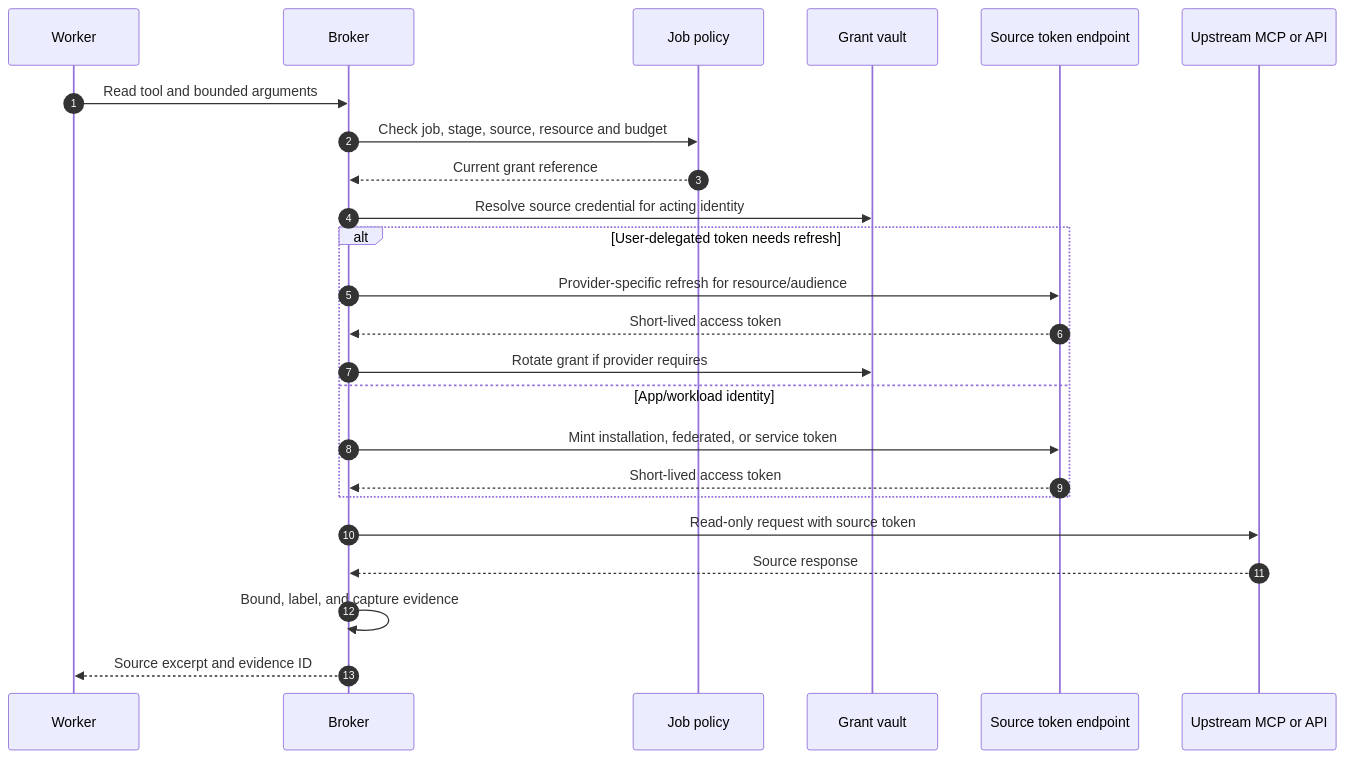
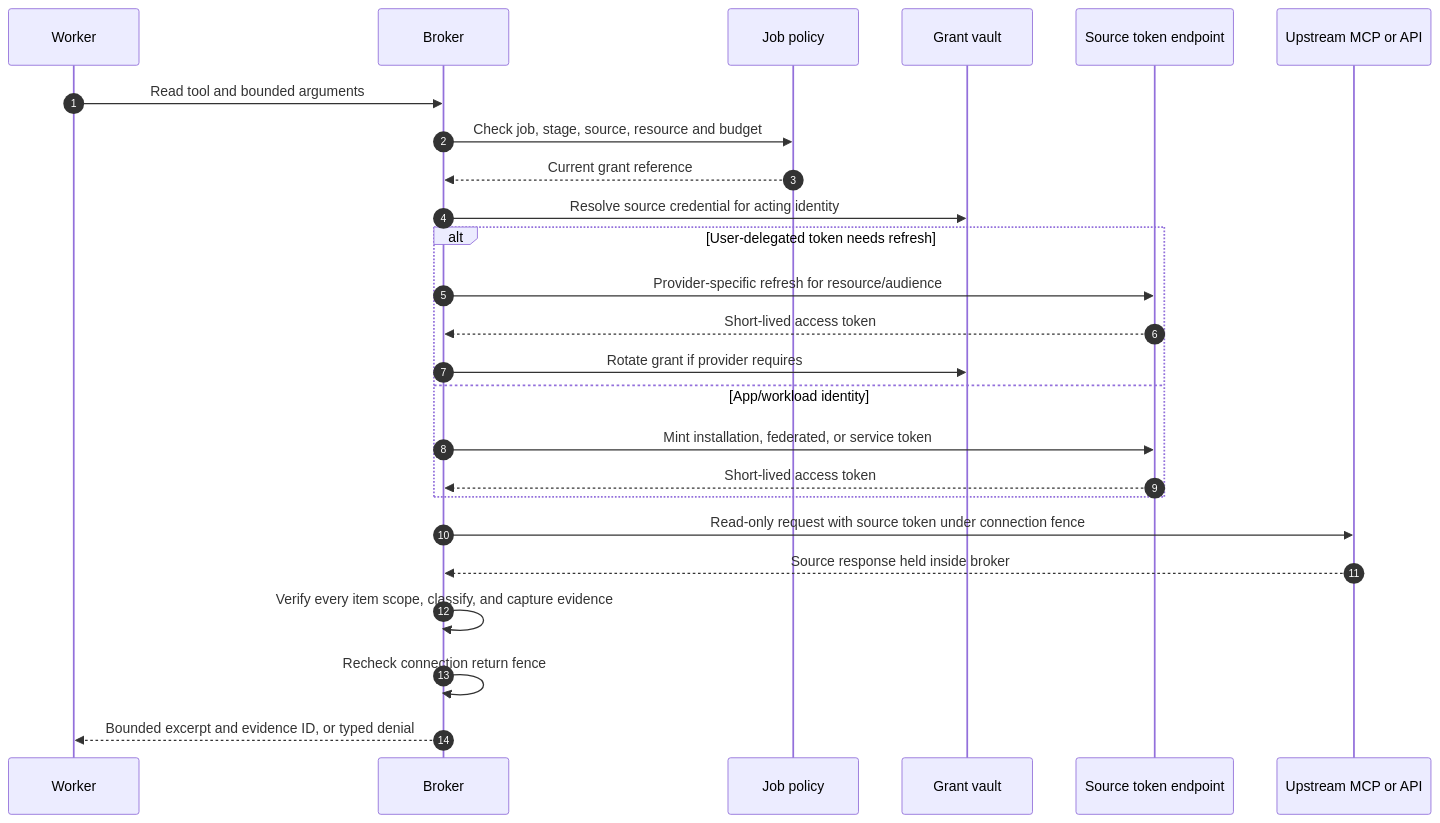
One commit to gvaibhav/openshell-deep-research-platform changed the eighth of 12 diagrams in docs/design/mcp-connector-broker.md. Above: the diagram before and after it, drawn with Mermaid. The commit also changed other lines of this file and 48 other files, not shown here.

````diff
--- a/docs/design/mcp-connector-broker.md
+++ b/docs/design/mcp-connector-broker.md
@@ -171,26 +272,27 @@
 ```mermaid
 sequenceDiagram
     autonumber
     participant W as Worker
     participant B as Broker
     participant P as Job policy
     participant V as Grant vault
     participant AS as Source token endpoint
     participant S as Upstream MCP or API
     W->>B: Read tool and bounded arguments
     B->>P: Check job, stage, source, resource and budget
     P-->>B: Current grant reference
     B->>V: Resolve source credential for acting identity
     alt User-delegated token needs refresh
         B->>AS: Provider-specific refresh for resource/audience
         AS-->>B: Short-lived access token
         B->>V: Rotate grant if provider requires
     else App/workload identity
         B->>AS: Mint installation, federated, or service token
         AS-->>B: Short-lived access token
     end
-    B->>S: Read-only request with source token
-    S-->>B: Source response
-    B->>B: Bound, label, and capture evidence
-    B-->>W: Source excerpt and evidence ID
+    B->>S: Read-only request with source token under connection fence
+    S-->>B: Source response held inside broker
+    B->>B: Verify every item scope, classify, and capture evidence
+    B->>B: Recheck connection return fence
+    B-->>W: Bounded excerpt and evidence ID, or typed denial
 ```
````
